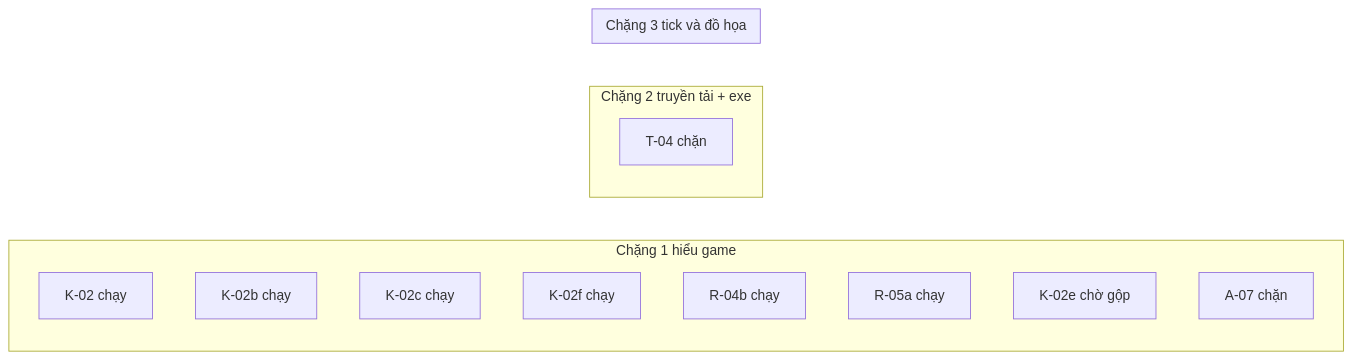
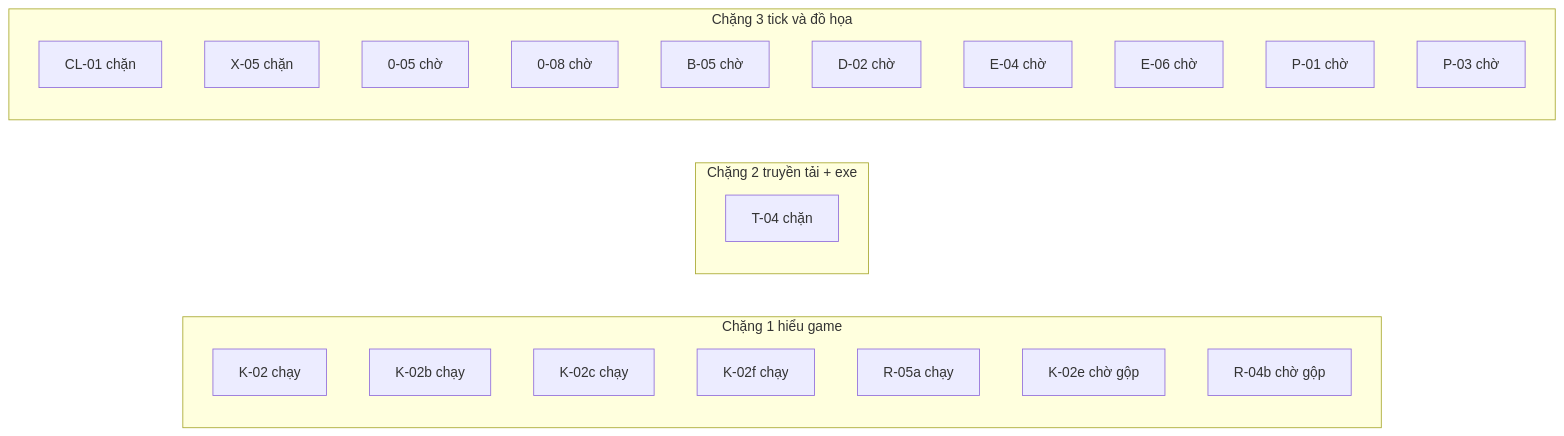
One commit to ndtangoss-dev/jx1-reports changed the diagram in JX1_OPS/STATE/TIEN-DO.md. Above: the diagram before and after it, drawn with Mermaid. The commit also changed other lines of this file and 3 other files, not shown here.

````diff
--- a/JX1_OPS/STATE/TIEN-DO.md
+++ b/JX1_OPS/STATE/TIEN-DO.md
@@ -9,18 +9,27 @@
 ```mermaid
 flowchart LR
   subgraph S1["Chặng 1 hiểu game"]
     K_02["K-02 chạy"]
     K_02b["K-02b chạy"]
     K_02c["K-02c chạy"]
     K_02f["K-02f chạy"]
-    R_04b["R-04b chạy"]
     R_05a["R-05a chạy"]
     K_02e["K-02e chờ gộp"]
-    A_07["A-07 chặn"]
+    R_04b["R-04b chờ gộp"]
   end
   subgraph S2["Chặng 2 truyền tải + exe"]
     T_04["T-04 chặn"]
   end
   subgraph S3["Chặng 3 tick và đồ họa"]
+    CL_01["CL-01 chặn"]
+    X_05["X-05 chặn"]
+    0_05["0-05 chờ"]
+    0_08["0-08 chờ"]
+    B_05["B-05 chờ"]
+    D_02["D-02 chờ"]
+    E_04["E-04 chờ"]
+    E_06["E-06 chờ"]
+    P_01["P-01 chờ"]
+    P_03["P-03 chờ"]
   end
 ```
````
